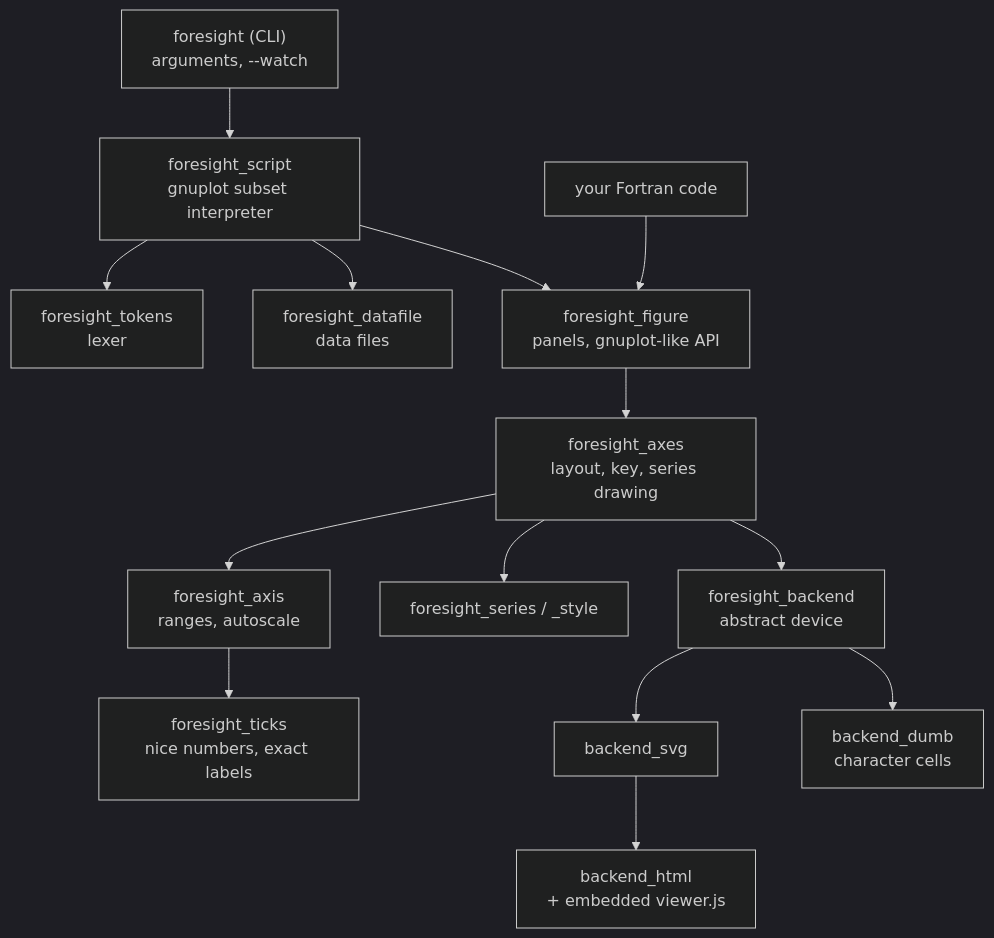
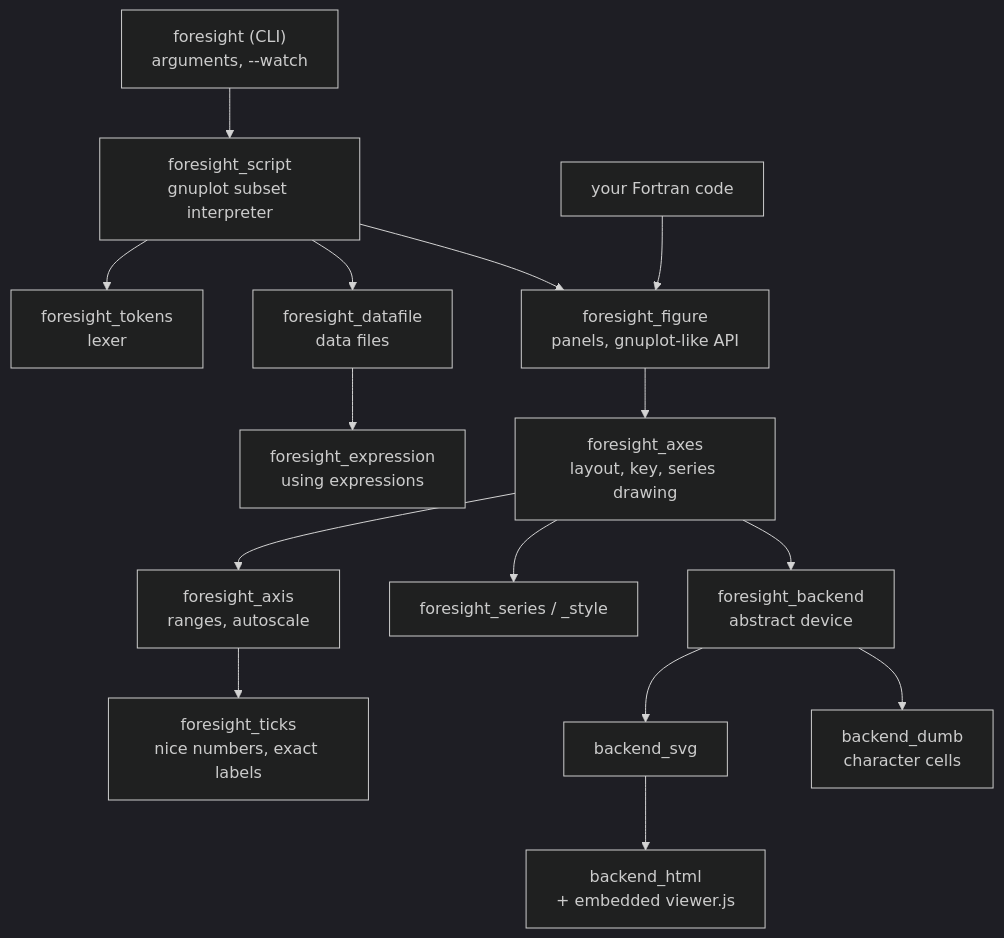
One commit to szaghi/foresight changed the diagram in docs/guide/architecture.md. Above: the diagram before and after it, drawn with Mermaid (dark theme). The commit also changed other lines of this file and 16 other files, not shown here.

First line of the commit message:
feat(script): add gnuplot expressions in using fields

````diff
--- a/docs/guide/architecture.md
+++ b/docs/guide/architecture.md
@@ -7,16 +7,17 @@
 ```mermaid
 flowchart TD
     CLI["foresight (CLI)<br/>arguments, --watch"] --> SCRIPT
     SCRIPT["foresight_script<br/>gnuplot subset interpreter"] --> TOKENS["foresight_tokens<br/>lexer"]
     SCRIPT --> DATA["foresight_datafile<br/>data files"]
+    DATA --> EXPR["foresight_expression<br/>using expressions"]
     SCRIPT --> FIG
     USER["your Fortran code"] --> FIG
     FIG["foresight_figure<br/>panels, gnuplot-like API"] --> AXES
     AXES["foresight_axes<br/>layout, key, series drawing"] --> AXIS["foresight_axis<br/>ranges, autoscale"]
     AXES --> SERIES["foresight_series / _style"]
     AXIS --> TICKS["foresight_ticks<br/>nice numbers, exact labels"]
     AXES --> BACKEND
     BACKEND["foresight_backend<br/>abstract device"] --> SVG["backend_svg"]
     SVG --> HTML["backend_html<br/>+ embedded viewer.js"]
     BACKEND --> DUMB["backend_dumb<br/>character cells"]
 ```
````
